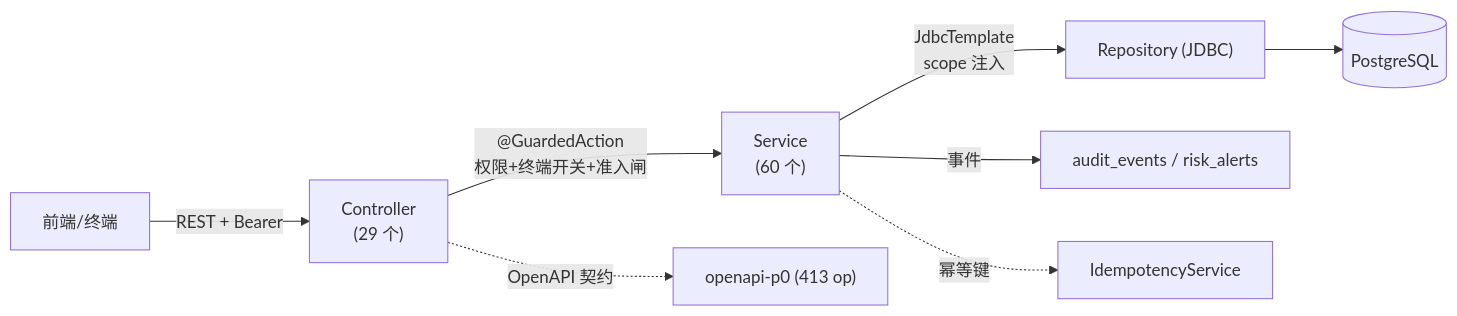
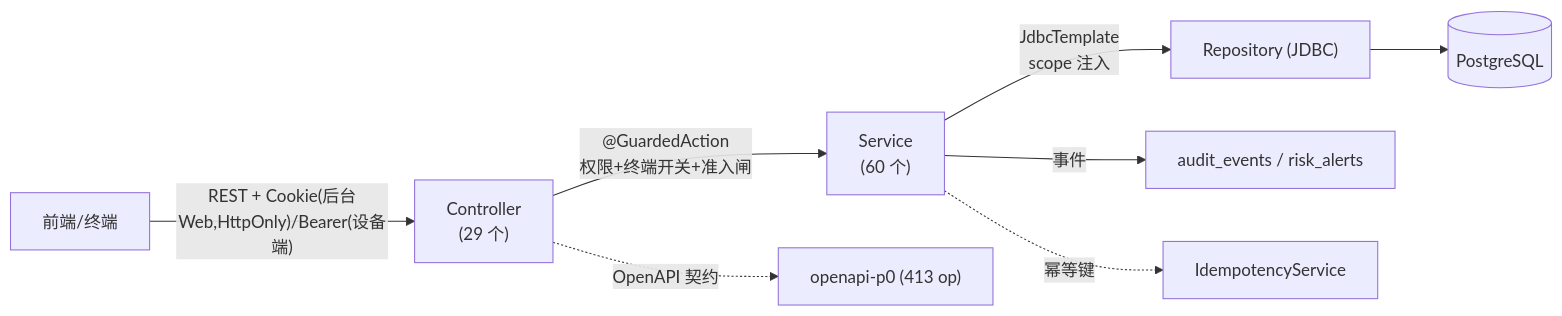
One commit to jxh1979/mall changed the third of 5 diagrams in docs/architecture-overview-v0.1.md. Above: the diagram before and after it, drawn with Mermaid. The commit also changed 11 other files, not shown here.

First line of the commit message:
后台令牌迁 HttpOnly Cookie + 开启 CSRF 双提交防护(2026-07-19 用户拍板)

````diff
--- a/docs/architecture-overview-v0.1.md
+++ b/docs/architecture-overview-v0.1.md
@@ -98,10 +98,10 @@
 ```mermaid
 graph LR
-  UI["前端/终端"] -->|"REST + Bearer"| CTRL["Controller<br/>(29 个)"]
+  UI["前端/终端"] -->|"REST + Cookie(后台Web,HttpOnly)/Bearer(设备端)"| CTRL["Controller<br/>(29 个)"]
   CTRL -->|"@GuardedAction<br/>权限+终端开关+准入闸"| SVC["Service<br/>(60 个)"]
   SVC -->|"JdbcTemplate<br/>scope 注入"| REPO["Repository (JDBC)"]
   REPO --> PG[("PostgreSQL")]
   SVC -->|"事件"| AUD["audit_events / risk_alerts"]
   SVC -. "幂等键" .-> IDEM["IdempotencyService"]
   CTRL -. "OpenAPI 契约" .-> OAS["openapi-p0 (413 op)"]
 ```
````
